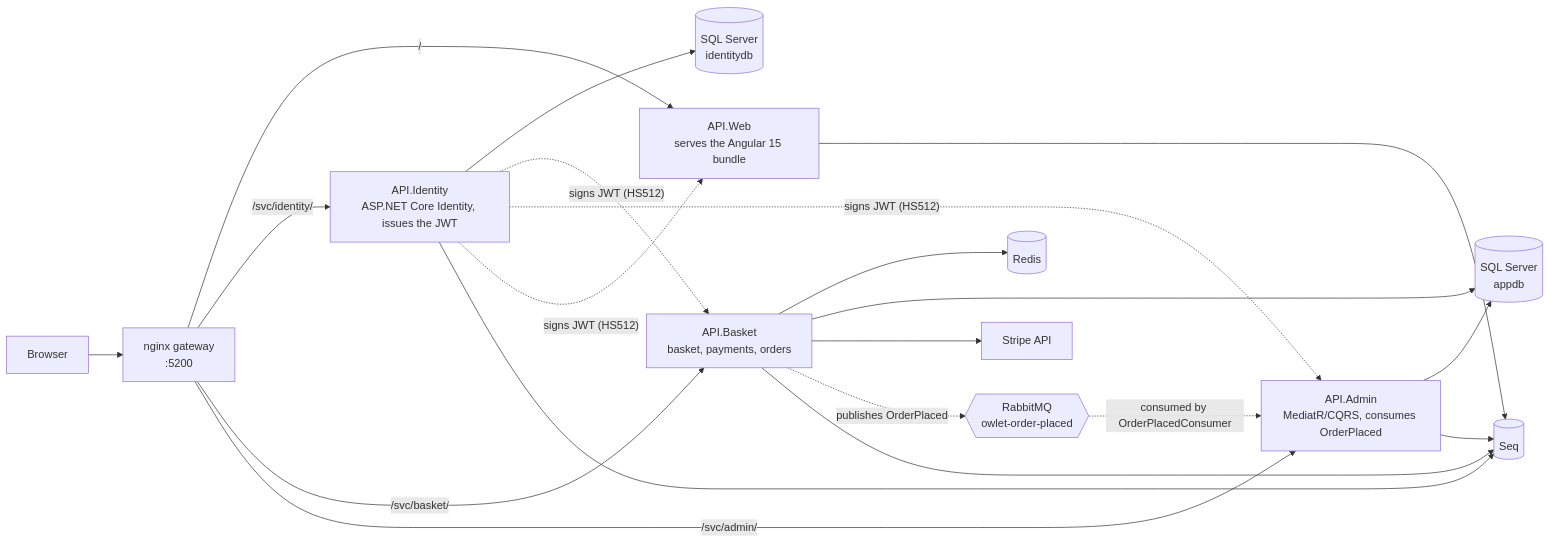
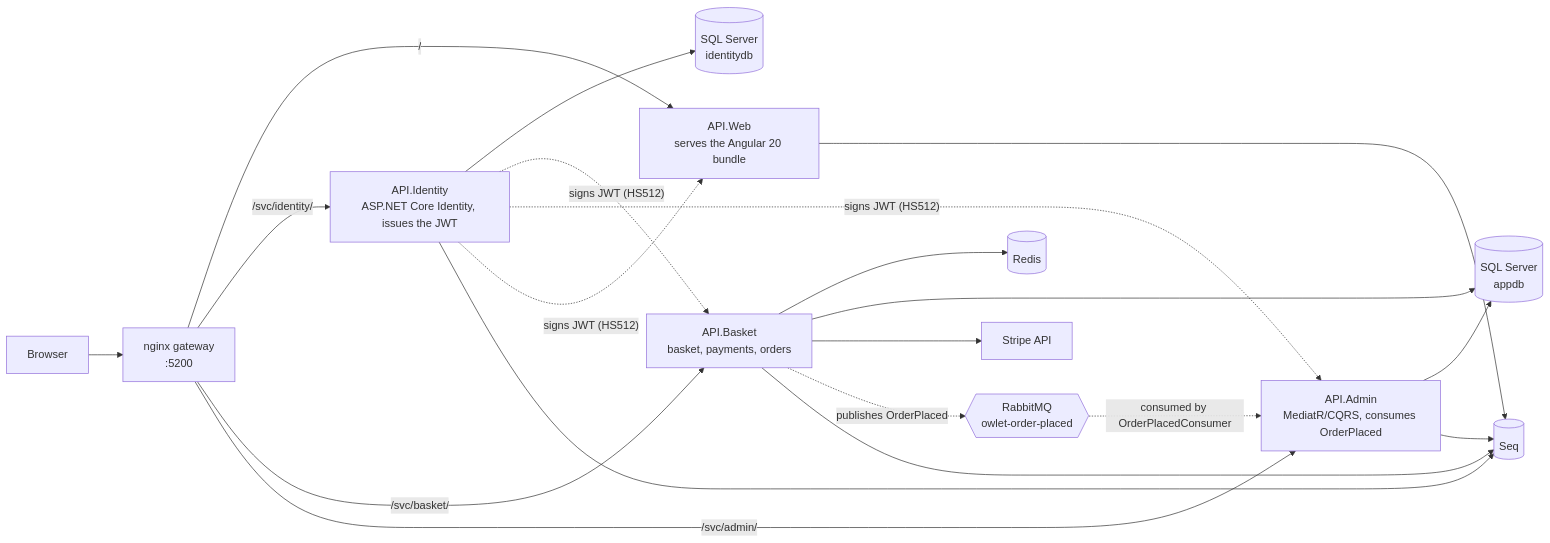
One commit to yurii-shchehliuk/ECommerce-Restaurant changed the diagram in README.md. Above: the diagram before and after it, drawn with Mermaid. The commit also changed other lines of this file and 2 other files, not shown here.

````diff
--- a/README.md
+++ b/README.md
@@ -52,39 +52,39 @@
 ```mermaid
 flowchart LR
     BR[Browser]
     NX["nginx gateway<br/>:5200"]
-    WEB["API.Web<br/>serves the Angular 15 bundle"]
+    WEB["API.Web<br/>serves the Angular 20 bundle"]
     ID["API.Identity<br/>ASP.NET Core Identity, issues the JWT"]
     BK["API.Basket<br/>basket, payments, orders"]
     AD["API.Admin<br/>MediatR/CQRS, consumes OrderPlaced"]
     IDDB[("SQL Server<br/>identitydb")]
     APPDB[("SQL Server<br/>appdb")]
     RD[("Redis")]
     MQ{{"RabbitMQ<br/>owlet-order-placed"}}
     SEQ[("Seq")]
     STRIPE["Stripe API"]
 
     BR --> NX
     NX -->|"/"| WEB
     NX -->|"/svc/identity/"| ID
     NX -->|"/svc/basket/"| BK
     NX -->|"/svc/admin/"| AD
 
     ID --> IDDB
     BK --> RD
     BK --> APPDB
     BK --> STRIPE
     AD --> APPDB
 
     BK -. "publishes OrderPlaced" .-> MQ
     MQ -. "consumed by OrderPlacedConsumer" .-> AD
 
     ID -. "signs JWT (HS512)" .-> BK
     ID -. "signs JWT (HS512)" .-> AD
     ID -. "signs JWT (HS512)" .-> WEB
 
     ID --> SEQ
     BK --> SEQ
     AD --> SEQ
     WEB --> SEQ
 ```
````
